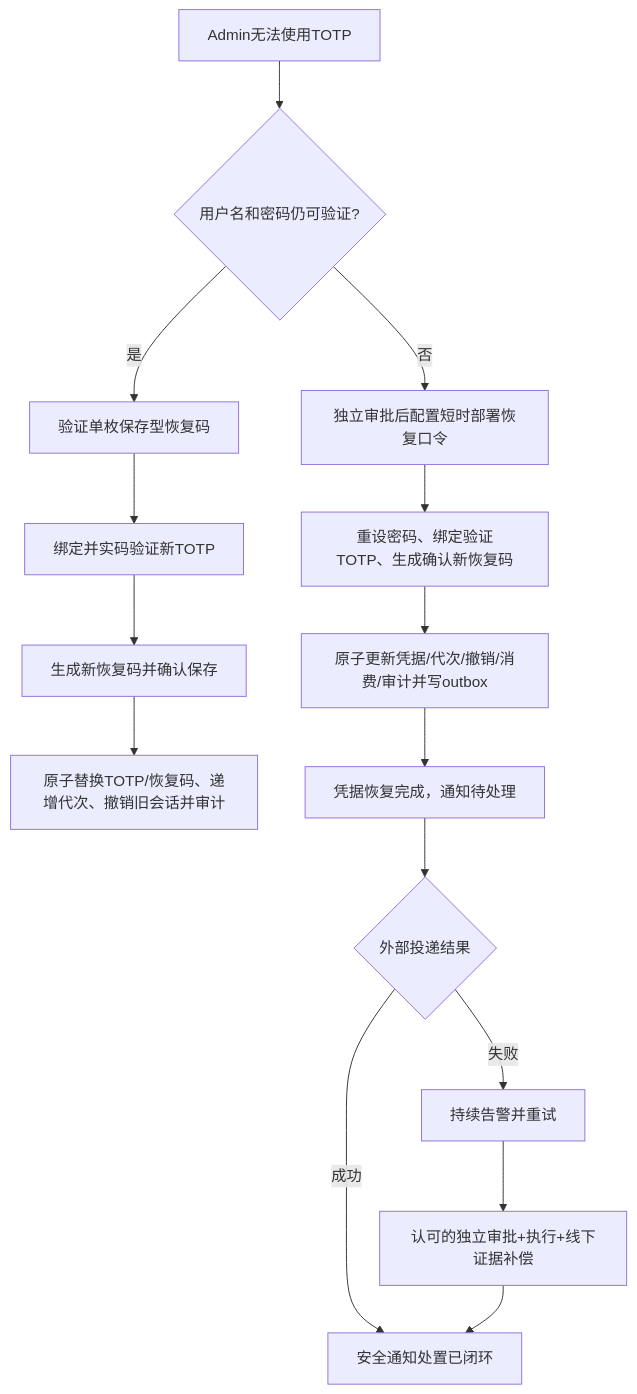
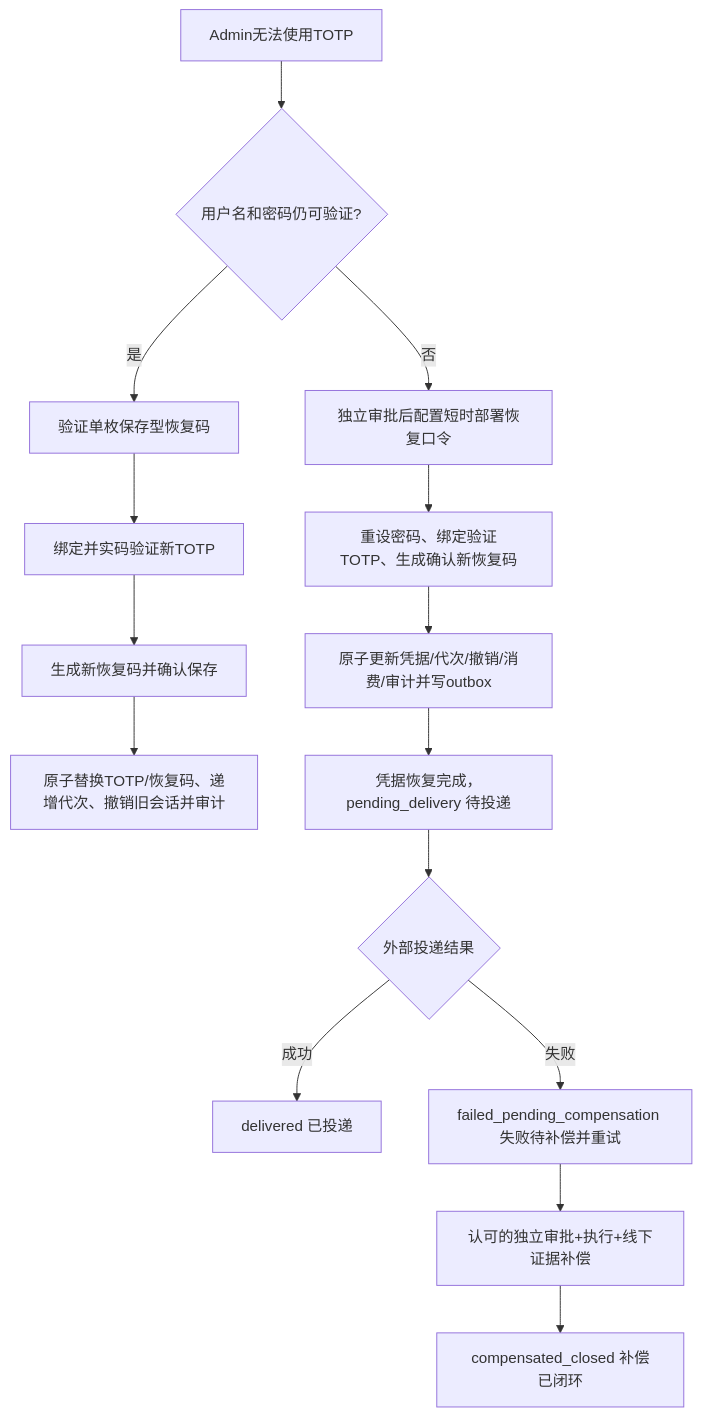
One commit to johnsonsmilequran/profit-decision-engine changed diagram 11 of 13 in 趣然AI商品经营利润决策助手/output/PRD详细版.md. Above: the diagram before and after it, drawn with Mermaid. The commit also changed other lines of this file and 3 other files, not shown here.

````diff
--- a/趣然AI商品经营利润决策助手/output/PRD详细版.md
+++ b/趣然AI商品经营利润决策助手/output/PRD详细版.md
@@ -1879,17 +1879,17 @@
 ```mermaid
 flowchart TD
     A[Admin无法使用TOTP] --> B{用户名和密码仍可验证?}
     B -- 是 --> C[验证单枚保存型恢复码]
     C --> D[绑定并实码验证新TOTP]
     D --> E[生成新恢复码并确认保存]
     E --> F[原子替换TOTP/恢复码、递增代次、撤销旧会话并审计]
     B -- 否 --> G[独立审批后配置短时部署恢复口令]
     G --> H[重设密码、绑定验证TOTP、生成确认新恢复码]
     H --> I[原子更新凭据/代次/撤销/消费/审计并写outbox]
-    I --> J[凭据恢复完成，通知待处理]
+    I --> J[凭据恢复完成，pending_delivery 待投递]
     J --> K{外部投递结果}
-    K -- 成功 --> L[安全通知处置已闭环]
-    K -- 失败 --> M[持续告警并重试]
+    K -- 成功 --> L[delivered 已投递]
+    K -- 失败 --> M[failed_pending_compensation 失败待补偿并重试]
     M --> N[认可的独立审批+执行+线下证据补偿]
-    N --> L
+    N --> O[compensated_closed 补偿已闭环]
 ```
````
